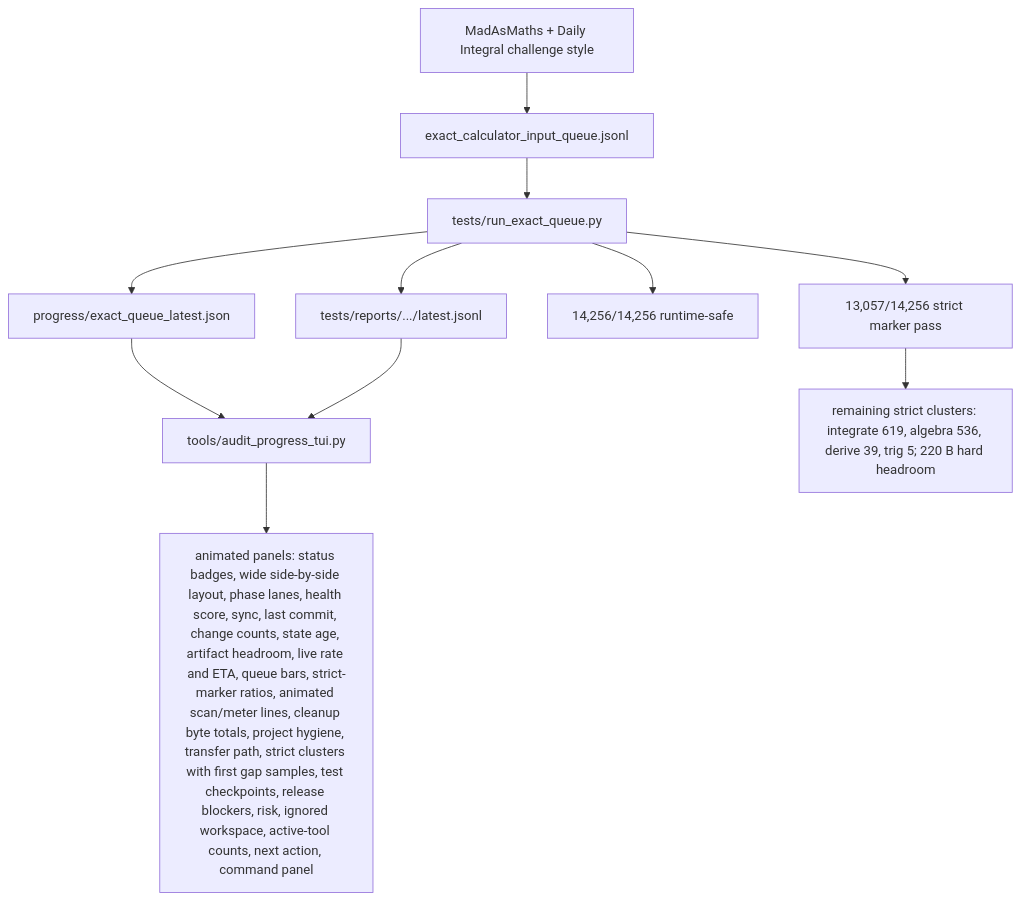
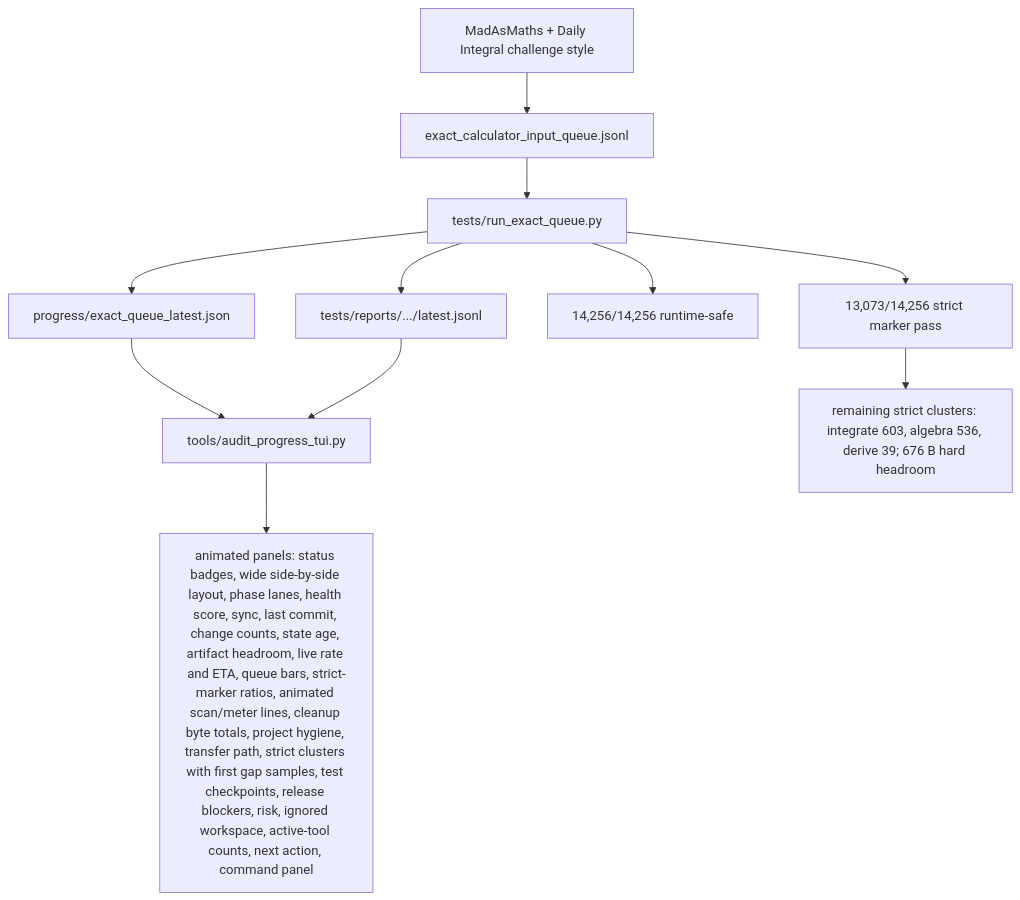
One commit to james8464/notes-addin-casio-fx-cg50 changed the fifth of 6 diagrams in docs/GRAPH.md. Above: the diagram before and after it, drawn with Mermaid. The commit also changed other lines of this file and 10 other files, not shown here.

````diff
--- a/docs/GRAPH.md
+++ b/docs/GRAPH.md
@@ -62,13 +62,13 @@
 ```mermaid
 graph TD
   Online["MadAsMaths + Daily Integral challenge style"] --> Queue["exact_calculator_input_queue.jsonl"]
   Queue --> Runner["tests/run_exact_queue.py"]
   Runner --> Live["progress/exact_queue_latest.json"]
   Runner --> Report["tests/reports/.../latest.jsonl"]
   Live --> TUI["tools/audit_progress_tui.py"]
   Report --> TUI
   TUI --> Panels["animated panels: status badges, wide side-by-side layout, phase lanes, health score, sync, last commit, change counts, state age, artifact headroom, live rate and ETA, queue bars, strict-marker ratios, animated scan/meter lines, cleanup byte totals, project hygiene, transfer path, strict clusters with first gap samples, test checkpoints, release blockers, risk, ignored workspace, active-tool counts, next action, command panel"]
   Runner --> Runtime["14,256/14,256 runtime-safe"]
-  Runner --> Strict["13,057/14,256 strict marker pass"]
-  Strict --> Remaining["remaining strict clusters: integrate 619, algebra 536, derive 39, trig 5; 220 B hard headroom"]
+  Runner --> Strict["13,073/14,256 strict marker pass"]
+  Strict --> Remaining["remaining strict clusters: integrate 603, algebra 536, derive 39; 676 B hard headroom"]
 ```
````
